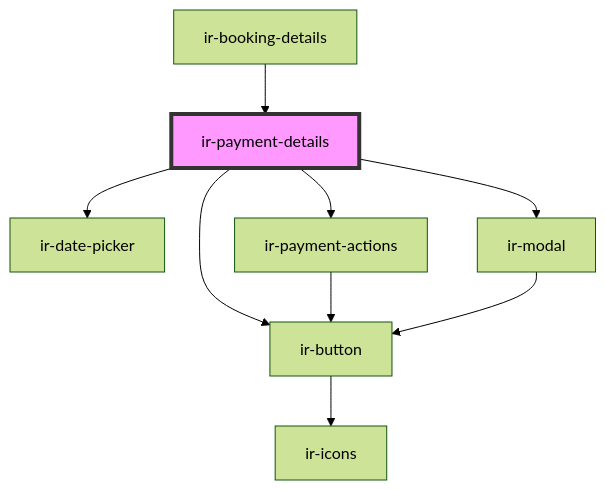
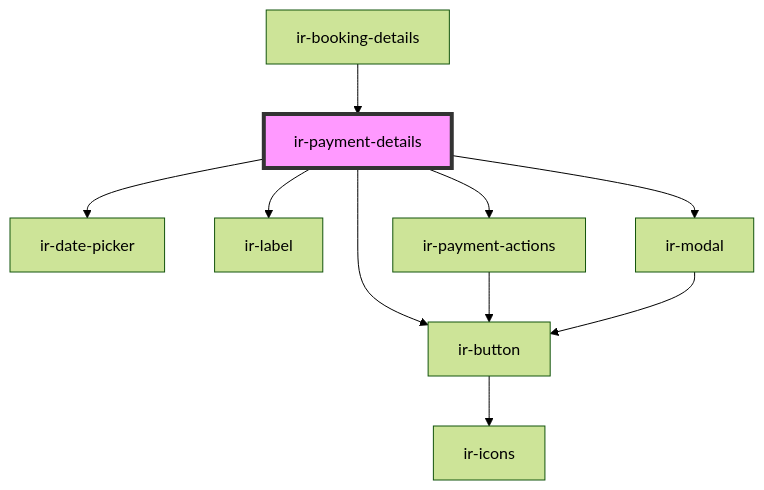
One commit to David1Chowaifaty/modified-ir-webcmp changed the diagram in src/components/ir-booking-details/ir-payment-details/readme.md. Above: the diagram before and after it, drawn with Mermaid (forest theme). The commit also changed other lines of this file and 9 other files, not shown here.

````diff
--- a/src/components/ir-booking-details/ir-payment-details/readme.md
+++ b/src/components/ir-booking-details/ir-payment-details/readme.md
@@ -39,12 +40,13 @@
 ```mermaid
 graph TD;
   ir-payment-details --> ir-date-picker
   ir-payment-details --> ir-button
+  ir-payment-details --> ir-label
   ir-payment-details --> ir-payment-actions
   ir-payment-details --> ir-modal
   ir-button --> ir-icons
   ir-payment-actions --> ir-button
   ir-modal --> ir-button
   ir-booking-details --> ir-payment-details
   style ir-payment-details fill:#f9f,stroke:#333,stroke-width:4px
 ```
````
